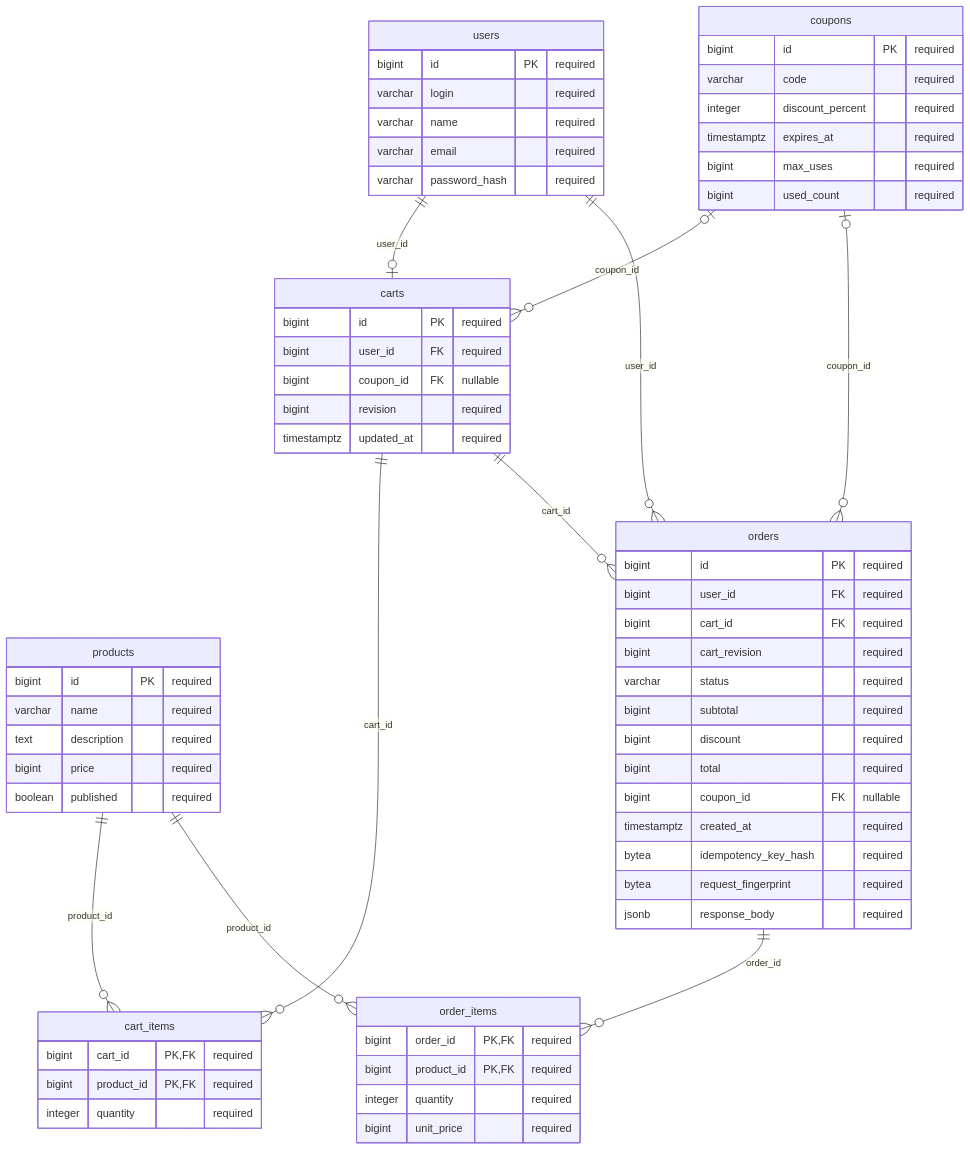
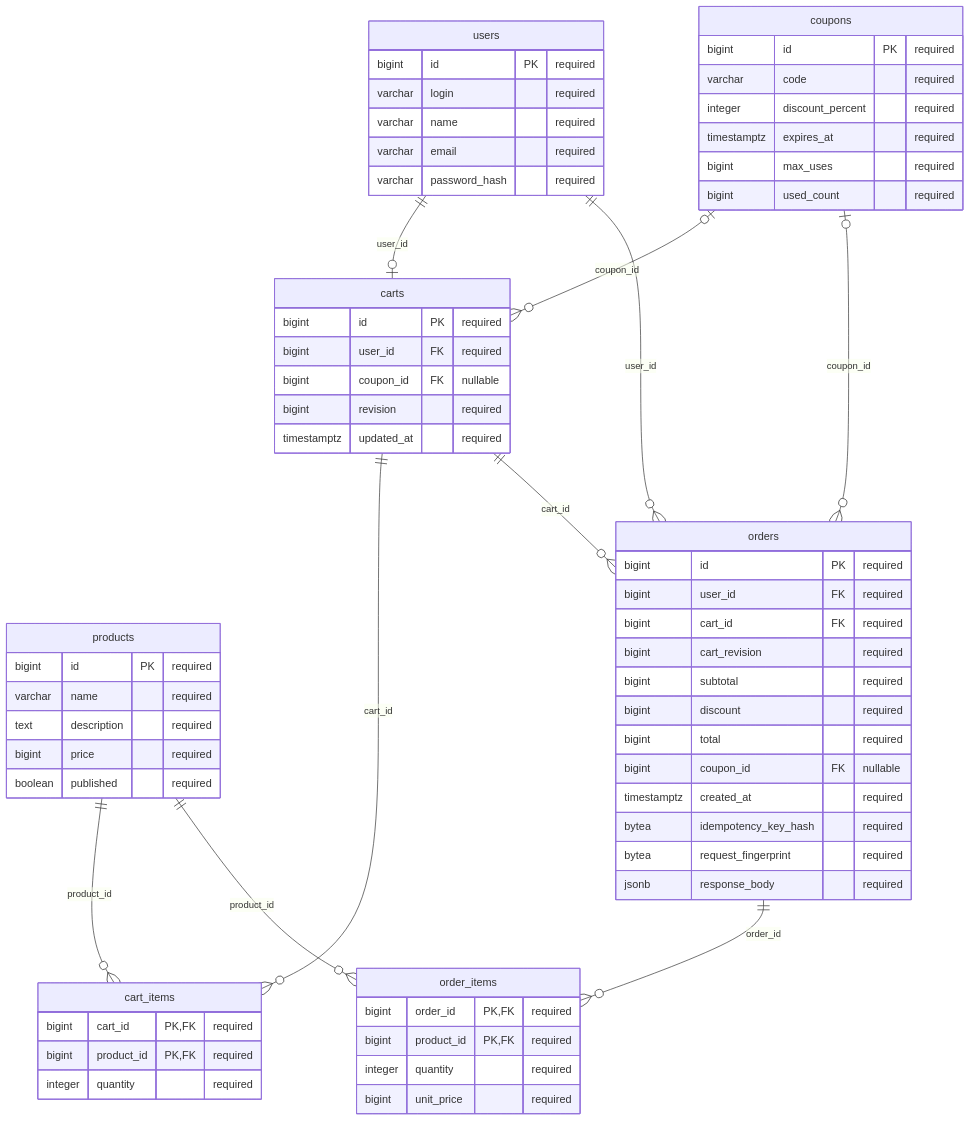
Before and after one commit to Valentin92257/api-security-lab: the diagram in docs/data/shop.mmd, drawn with Mermaid. The commit also changed 97 other files, not shown here.

```diff
--- a/docs/data/shop.mmd
+++ b/docs/data/shop.mmd
@@ -1,66 +1,65 @@
 erDiagram
     %% Generated. Logical event references are documented separately.
     users {
         bigint id PK "required"
         varchar login "required"
         varchar name "required"
         varchar email "required"
         varchar password_hash "required"
     }
     products {
         bigint id PK "required"
         varchar name "required"
         text description "required"
         bigint price "required"
         boolean published "required"
     }
     coupons {
         bigint id PK "required"
         varchar code "required"
         integer discount_percent "required"
         timestamptz expires_at "required"
         bigint max_uses "required"
         bigint used_count "required"
     }
     carts {
         bigint id PK "required"
         bigint user_id FK "required"
         bigint coupon_id FK "nullable"
         bigint revision "required"
         timestamptz updated_at "required"
     }
     cart_items {
         bigint cart_id PK,FK "required"
         bigint product_id PK,FK "required"
         integer quantity "required"
     }
     orders {
         bigint id PK "required"
         bigint user_id FK "required"
         bigint cart_id FK "required"
         bigint cart_revision "required"
-        varchar status "required"
         bigint subtotal "required"
         bigint discount "required"
         bigint total "required"
         bigint coupon_id FK "nullable"
         timestamptz created_at "required"
         bytea idempotency_key_hash "required"
         bytea request_fingerprint "required"
         jsonb response_body "required"
     }
     order_items {
         bigint order_id PK,FK "required"
         bigint product_id PK,FK "required"
         integer quantity "required"
         bigint unit_price "required"
     }
     users ||--o| carts : "user_id"
     coupons |o--o{ carts : "coupon_id"
     carts ||--o{ cart_items : "cart_id"
     products ||--o{ cart_items : "product_id"
     users ||--o{ orders : "user_id"
     carts ||--o{ orders : "cart_id"
     coupons |o--o{ orders : "coupon_id"
     orders ||--o{ order_items : "order_id"
     products ||--o{ order_items : "product_id"
```
